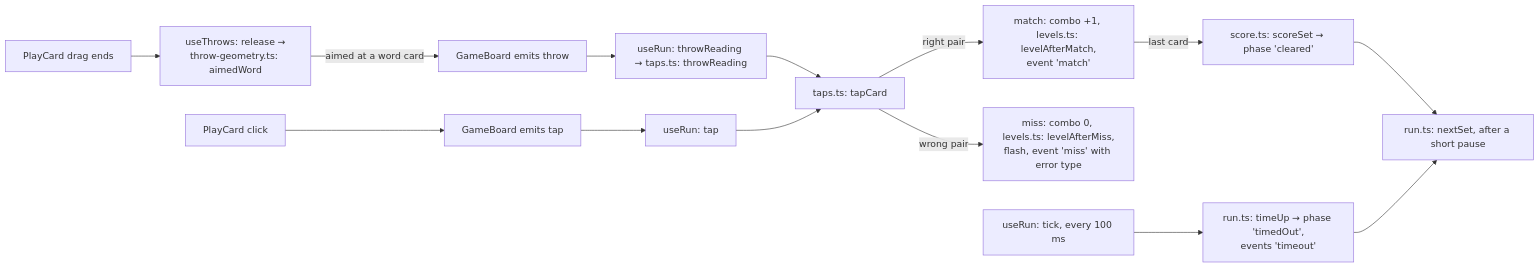
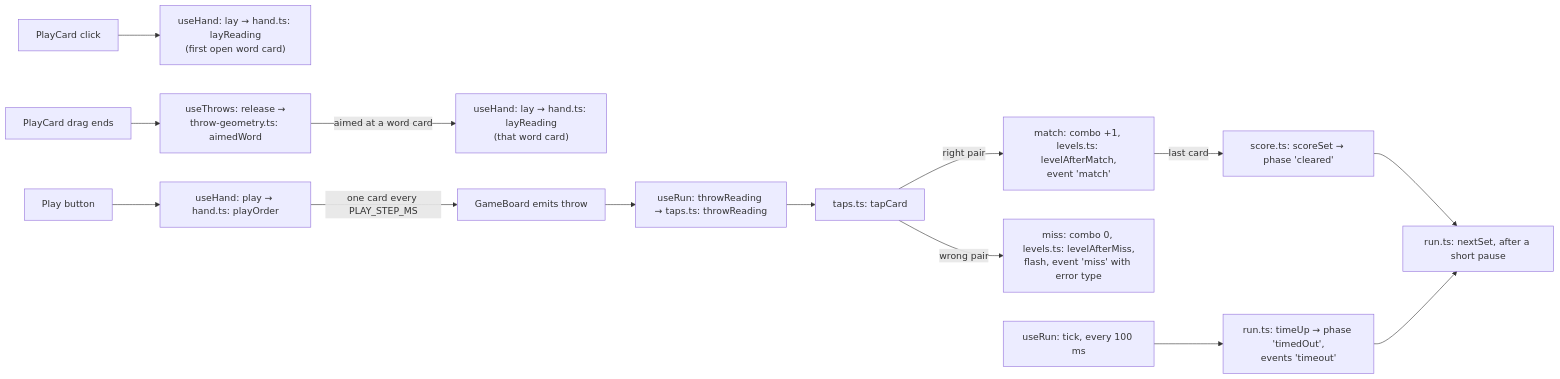
Before and after one commit to NabilRobert/juku-arcade: the second of 2 diagrams in docs/guide.md, drawn with Mermaid. The commit also changed other lines of this file and 18 other files, not shown here.

First line of the commit message:
feat(board): lay out a hand in order, then play it, dealt off a deck

````diff
--- a/docs/guide.md
+++ b/docs/guide.md
@@ -52,16 +52,16 @@
 ```mermaid
 flowchart LR
+    A["PlayCard click"] --> L["useHand: lay → hand.ts: layReading<br/>(first open word card)"]
     T["PlayCard drag ends"] --> U["useThrows: release →<br/>throw-geometry.ts: aimedWord"]
-    U -->|"aimed at a word card"| V["GameBoard emits throw"]
+    U -->|"aimed at a word card"| L2["useHand: lay → hand.ts: layReading<br/>(that word card)"]
+    P["Play button"] --> Q["useHand: play → hand.ts: playOrder"]
+    Q -->|"one card every PLAY_STEP_MS"| V["GameBoard emits throw"]
     V --> W["useRun: throwReading → taps.ts: throwReading"]
-    W --> D
-    A["PlayCard click"] --> B["GameBoard emits tap"]
-    B --> C["useRun: tap"]
-    C --> D["taps.ts: tapCard"]
+    W --> D["taps.ts: tapCard"]
     D -->|"right pair"| E["match: combo +1, levels.ts: levelAfterMatch,<br/>event 'match'"]
     D -->|"wrong pair"| F["miss: combo 0, levels.ts: levelAfterMiss,<br/>flash, event 'miss' with error type"]
     E -->|"last card"| G["score.ts: scoreSet → phase 'cleared'"]
     H["useRun: tick, every 100 ms"] --> I["run.ts: timeUp → phase 'timedOut',<br/>events 'timeout'"]
     G --> J["run.ts: nextSet, after a short pause"]
     I --> J
 ```
````
